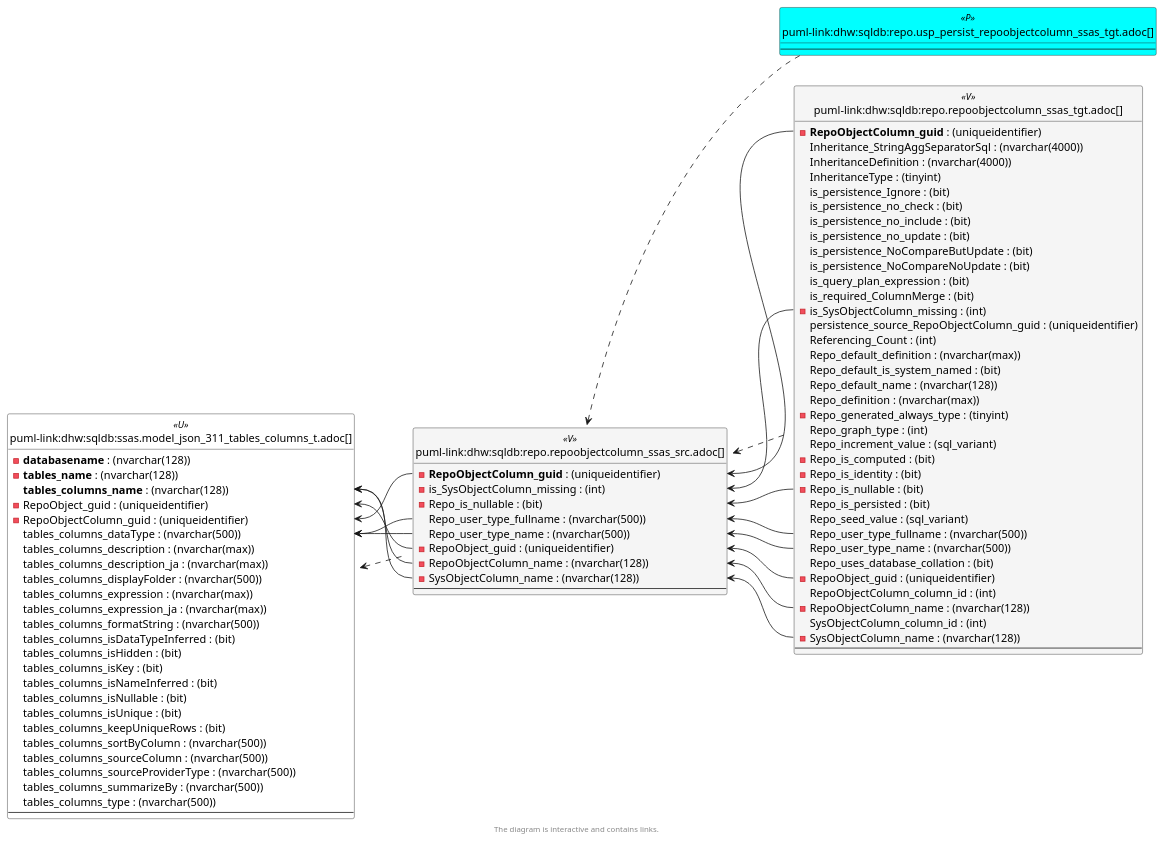
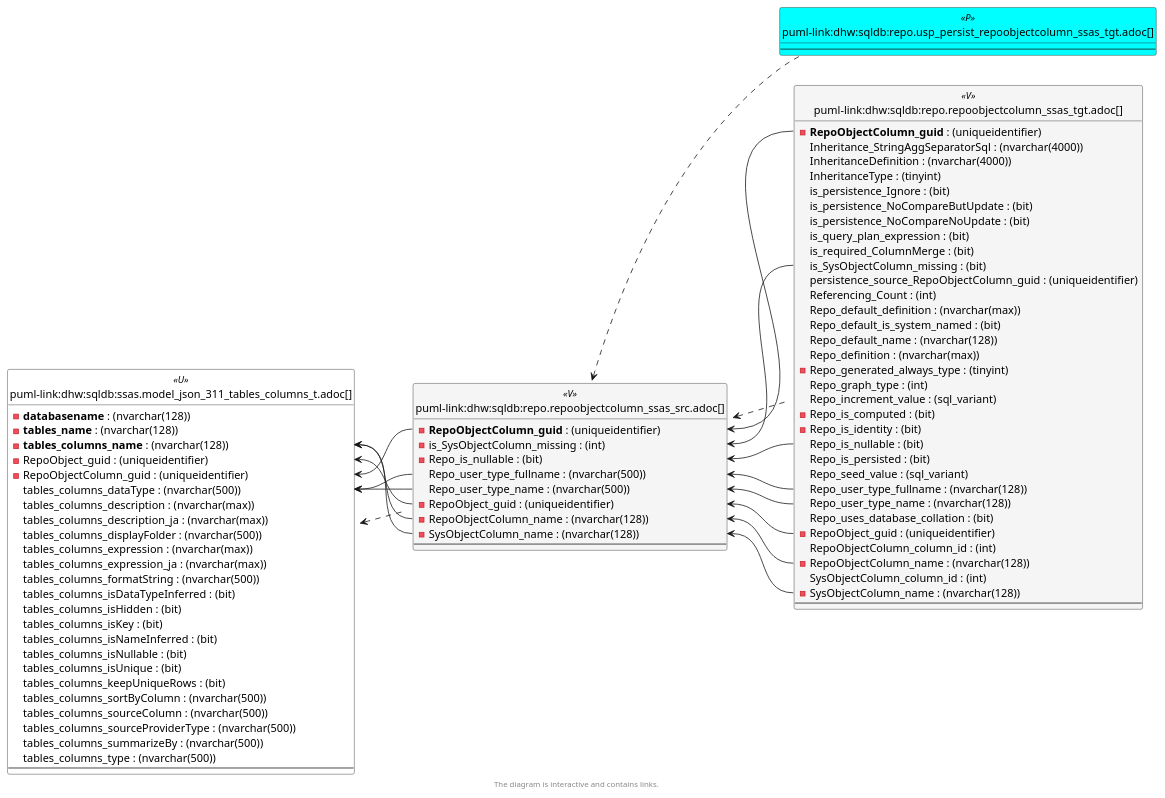
The sixth of 6 diagrams in docs/modules/sqldb/partials/content/repo.repoobjectcolumn_ssas_src.adoc (DataHandwerk/dhw-antora-sqldb), drawn with PlantUML before and after one commit. The commit also changed other lines of this file and 641 other files, not shown here.

```diff
--- a/docs/modules/sqldb/partials/content/repo.repoobjectcolumn_ssas_src.adoc
+++ b/docs/modules/sqldb/partials/content/repo.repoobjectcolumn_ssas_src.adoc
@@ -2630,14 +2630,11 @@
   InheritanceDefinition : (nvarchar(4000))
   InheritanceType : (tinyint)
   is_persistence_Ignore : (bit)
-  is_persistence_no_check : (bit)
-  is_persistence_no_include : (bit)
-  is_persistence_no_update : (bit)
   is_persistence_NoCompareButUpdate : (bit)
   is_persistence_NoCompareNoUpdate : (bit)
   is_query_plan_expression : (bit)
   is_required_ColumnMerge : (bit)
-  - is_SysObjectColumn_missing : (int)
+  is_SysObjectColumn_missing : (bit)
   persistence_source_RepoObjectColumn_guid : (uniqueidentifier)
   Referencing_Count : (int)
   Repo_default_definition : (nvarchar(max))
@@ -2649,11 +2646,11 @@
   Repo_increment_value : (sql_variant)
   - Repo_is_computed : (bit)
   - Repo_is_identity : (bit)
-  - Repo_is_nullable : (bit)
+  Repo_is_nullable : (bit)
   Repo_is_persisted : (bit)
   Repo_seed_value : (sql_variant)
-  Repo_user_type_fullname : (nvarchar(500))
-  Repo_user_type_name : (nvarchar(500))
+  Repo_user_type_fullname : (nvarchar(128))
+  Repo_user_type_name : (nvarchar(128))
   Repo_uses_database_collation : (bit)
   - RepoObject_guid : (uniqueidentifier)
   RepoObjectColumn_column_id : (int)
@@ -2670,7 +2667,7 @@
 entity "puml-link:dhw:sqldb:ssas.model_json_311_tables_columns_t.adoc[]" as ssas.model_json_311_tables_columns_T << U >> {
   - **databasename** : (nvarchar(128))
   - **tables_name** : (nvarchar(128))
-  **tables_columns_name** : (nvarchar(128))
+  - **tables_columns_name** : (nvarchar(128))
   - RepoObject_guid : (uniqueidentifier)
   - RepoObjectColumn_guid : (uniqueidentifier)
   tables_columns_dataType : (nvarchar(500))
```
